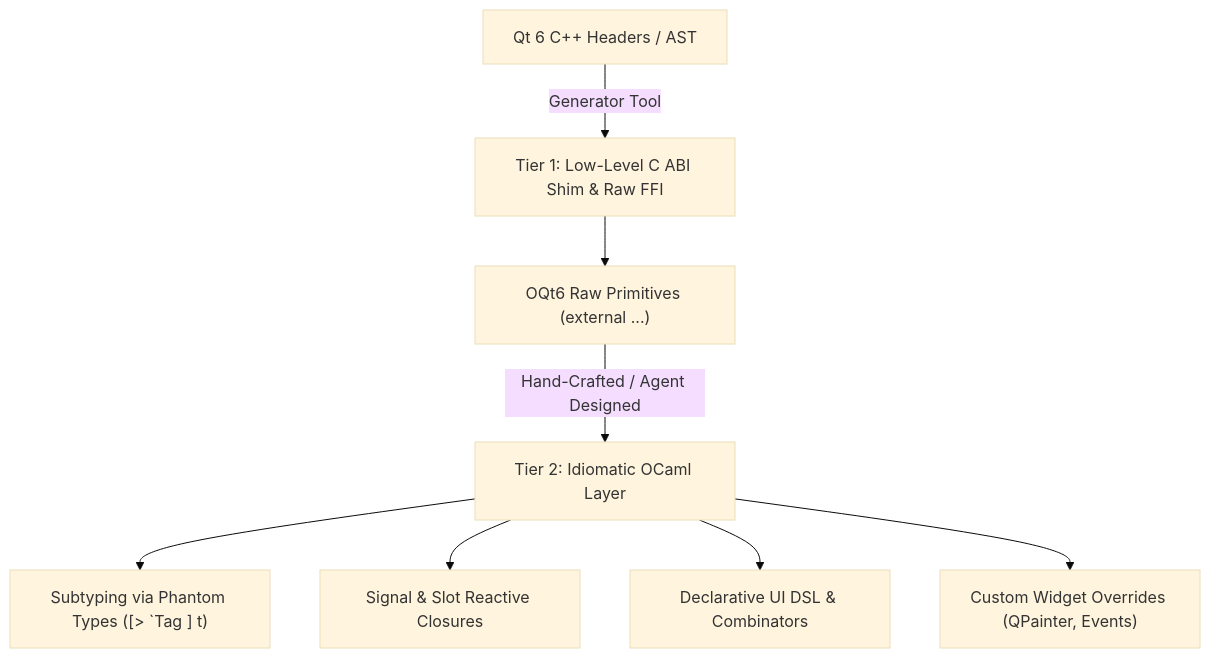
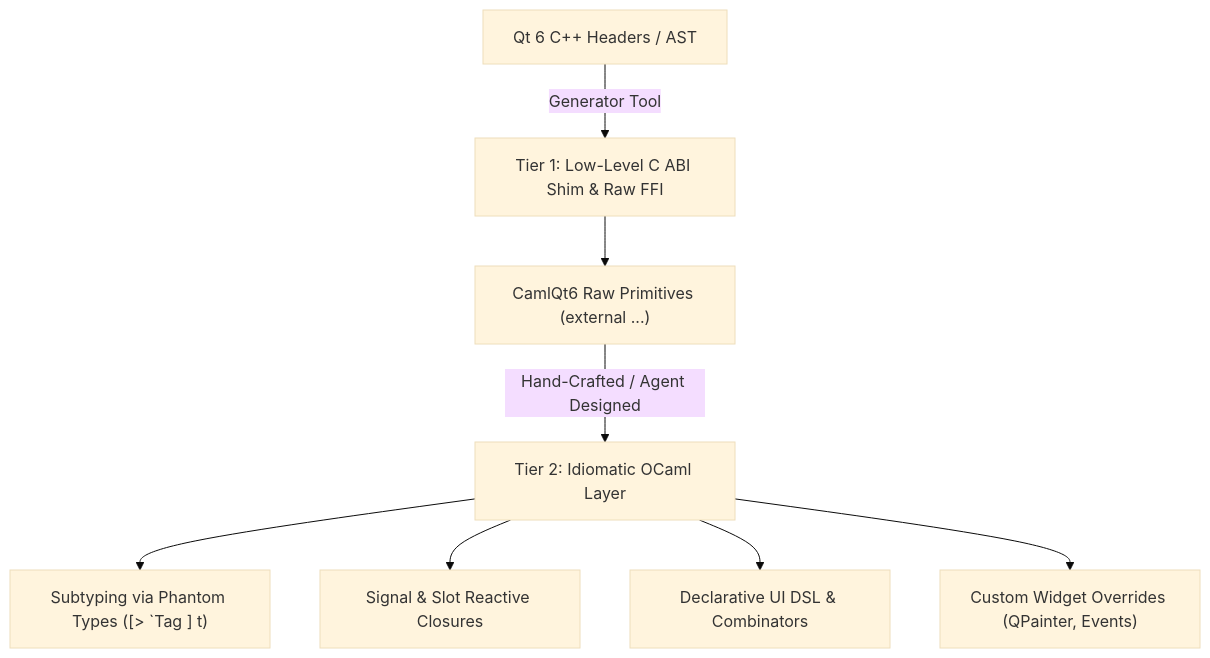
Before and after one commit to bluddy/camlqt6: the first of 2 diagrams in ROADMAP.md, drawn with Mermaid (base theme). The commit also changed other lines of this file and 23 other files, not shown here.

````diff
--- a/ROADMAP.md
+++ b/ROADMAP.md
@@ -29,10 +29,10 @@
 ```mermaid
 graph TD
     A["Qt 6 C++ Headers / AST"] -->|Generator Tool| B["Tier 1: Low-Level C ABI Shim & Raw FFI"]
-    B --> C["OQt6 Raw Primitives (external ...)"]
+    B --> C["CamlQt6 Raw Primitives (external ...)"]
     C -->|Hand-Crafted / Agent Designed| D["Tier 2: Idiomatic OCaml Layer"]
     D --> E["Subtyping via Phantom Types ([> `Tag ] t)"]
     D --> F["Signal & Slot Reactive Closures"]
     D --> G["Declarative UI DSL & Combinators"]
     D --> H["Custom Widget Overrides (QPainter, Events)"]
 ```
````
